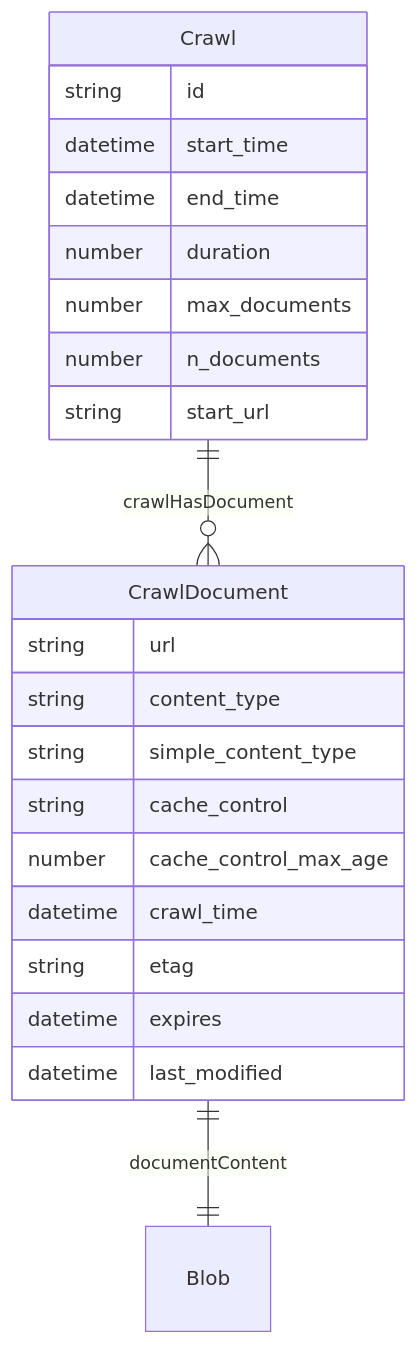
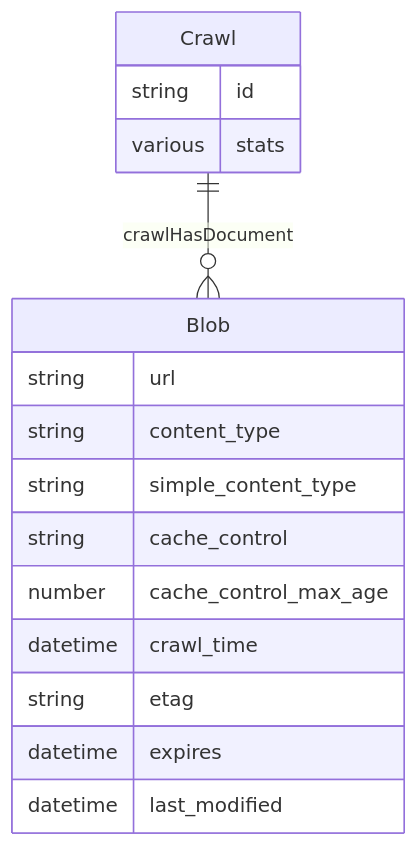
One commit to aperture-data/workflows changed the first of 2 diagrams in apps/crawl-website/README.md. Above: the diagram before and after it, drawn with Mermaid. The commit also changed other lines of this file and 1 other file, not shown here.

Commit message:
Merge CrawlDocument and Blob, per Gautam

````diff
--- a/apps/crawl-website/README.md
+++ b/apps/crawl-website/README.md
@@ -11,25 +11,19 @@
 ```mermaid
 erDiagram 
-    CrawlDocument {
+    Blob {
         string url
         string content_type
         string simple_content_type
         string cache_control
         number cache_control_max_age
         datetime crawl_time
         string etag
         datetime expires
         datetime last_modified
     }
     Crawl {
         string id
-        datetime start_time
-        datetime end_time
-        number duration
-        number max_documents
-        number n_documents
-        string start_url
+        various stats
     }
-    Crawl ||--o{ CrawlDocument : crawlHasDocument
-    CrawlDocument ||--|| Blob : documentContent
+    Crawl ||--o{ Blob : crawlHasDocument
 ```
````
